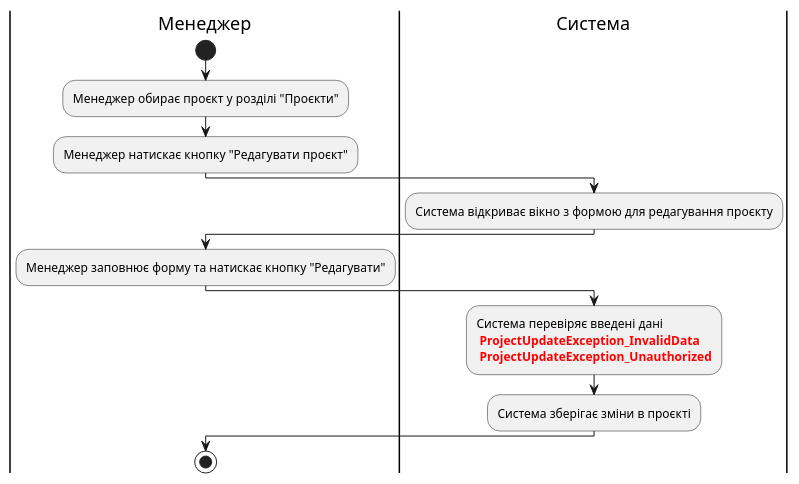
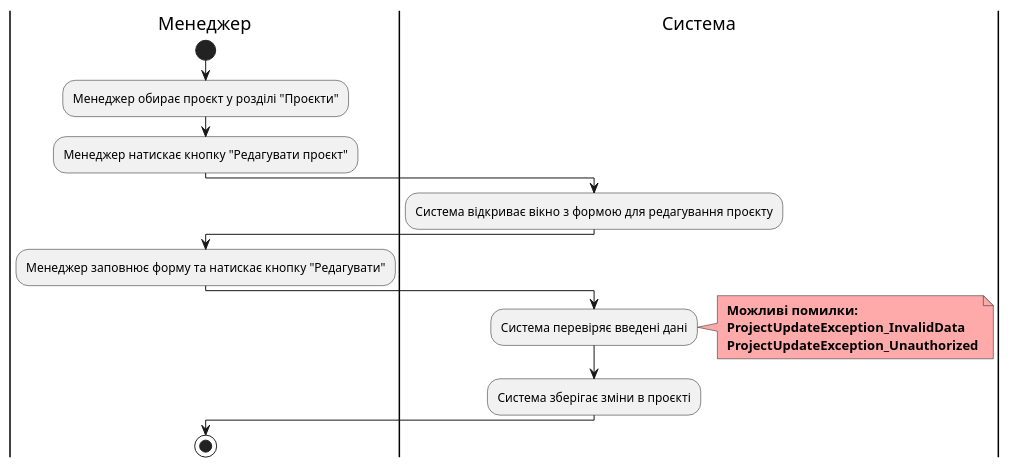
One commit to vlad13242/TaskForge changed the ninth of 21 diagrams in docs/use cases/README.md. Above: the diagram before and after it, drawn with PlantUML. The commit also changed other lines of this file and 1 other file, not shown here.

Commit message:
shenge all diagram errors

```diff
--- a/docs/use cases/README.md
+++ b/docs/use cases/README.md
@@ -454,19 +467,22 @@
 @startuml
 
     |Менеджер|
     start;
     :Менеджер обирає проєкт у розділі "Проєкти";
     :Менеджер натискає кнопку "Редагувати проєкт";
     |Система|
     :Система відкриває вікно з формою для редагування проєкту;
     |Менеджер|
     :Менеджер заповнює форму та натискає кнопку "Редагувати";
     |Система|
-    :Система перевіряє введені дані
-    <font color="red"><b> ProjectUpdateException_InvalidData
-    <font color="red"><b> ProjectUpdateException_Unauthorized;
+    :Система перевіряє введені дані;
+    note right #ffaaaa
+    <b> Можливі помилки:
+    <b> ProjectUpdateException_InvalidData
+    <b> ProjectUpdateException_Unauthorized
+    end note
     :Система зберігає зміни в проєкті;
     |Менеджер|
     stop;
 
 @enduml
```
